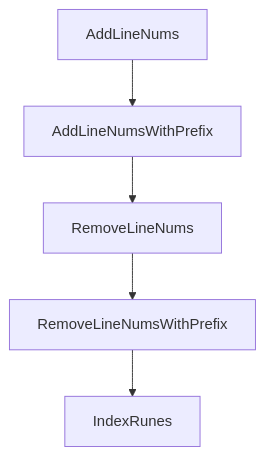
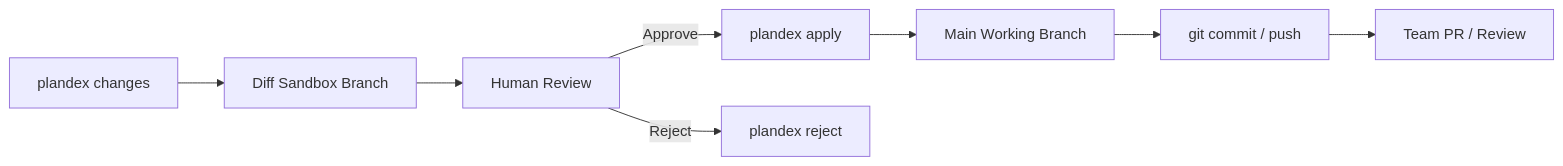
The diagram in tutorials/plandex-tutorial/07-git-branching-and-review-workflows.md (johnxie/awesome-code-docs), drawn with Mermaid before and after one commit. The commit also changed other lines of this file and 1232 other files, not shown here.

````diff
--- a/tutorials/plandex-tutorial/07-git-branching-and-review-workflows.md
+++ b/tutorials/plandex-tutorial/07-git-branching-and-review-workflows.md
@@ -200,12 +32,10 @@
 ```mermaid
-flowchart TD
-    A[AddLineNums]
-    B[AddLineNumsWithPrefix]
-    C[RemoveLineNums]
-    D[RemoveLineNumsWithPrefix]
-    E[IndexRunes]
-    A --> B
-    B --> C
-    C --> D
-    D --> E
+flowchart LR
+    A[plandex changes] --> B[Diff Sandbox Branch]
+    B --> C[Human Review]
+    C -->|Approve| D[plandex apply]
+    C -->|Reject| E[plandex reject]
+    D --> F[Main Working Branch]
+    F --> G[git commit / push]
+    G --> H[Team PR / Review]
 ```
````
